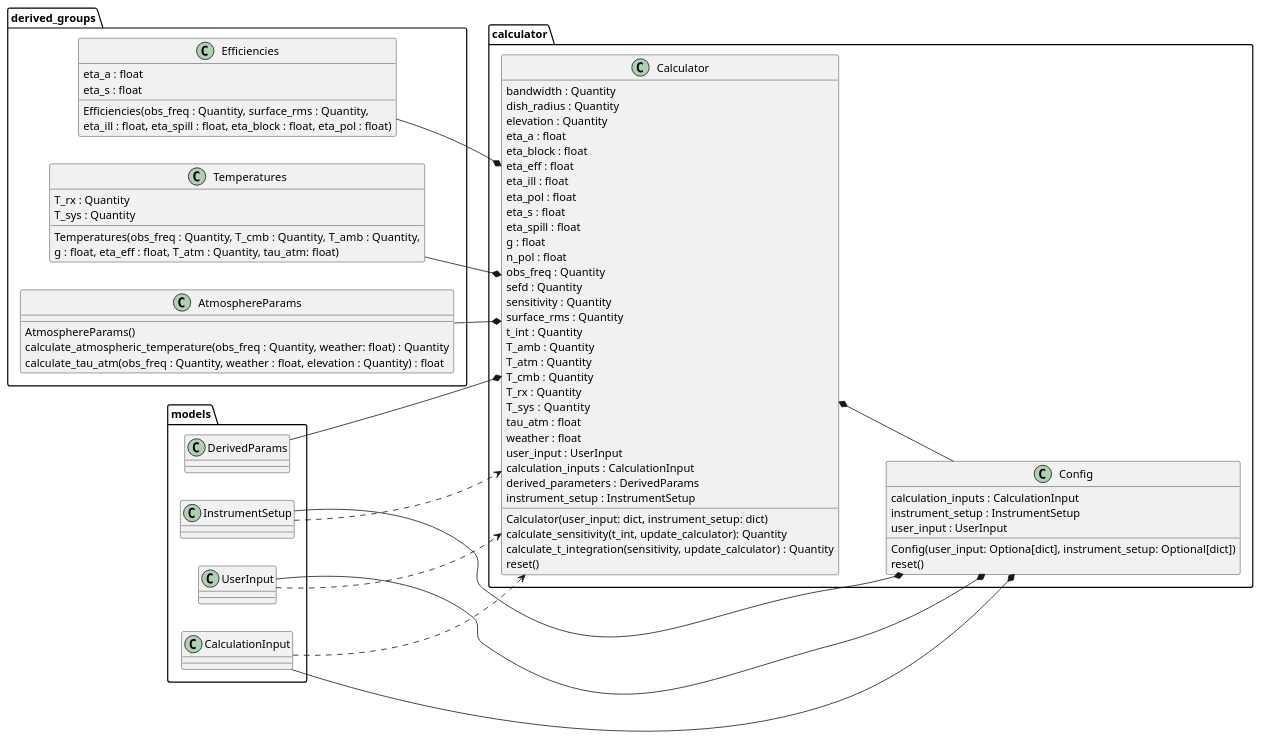
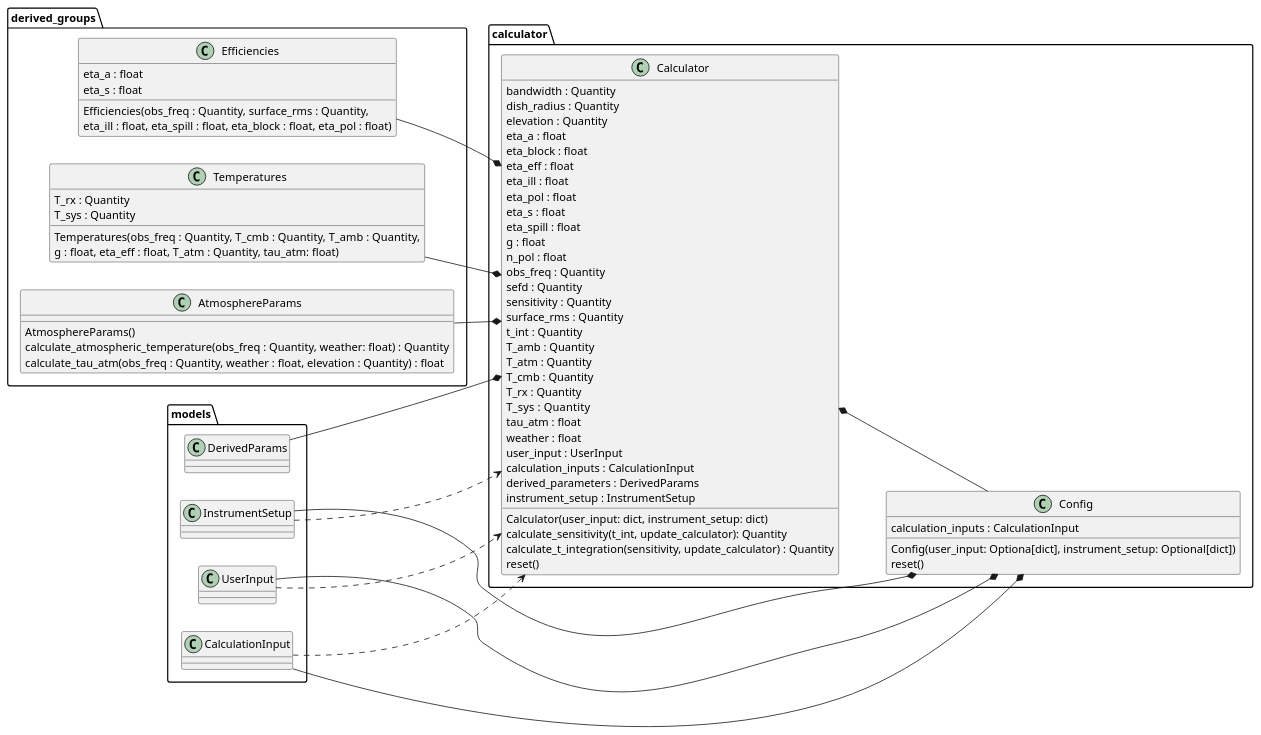
One commit to ukatc/AtLAST_sensitivity_calculator changed the diagram in docs/source/code_docs/calculator_uml.rst. Above: the diagram before and after it, drawn with PlantUML. The commit also changed 20 other files, not shown here.

```diff
--- a/docs/source/code_docs/calculator_uml.rst
+++ b/docs/source/code_docs/calculator_uml.rst
@@ -4,76 +4,74 @@
 .. uml::
 
     @startuml calculator
 
     left to right direction
 
     class "AtmosphereParams" as derived_groups.AtmosphereParams {
       AtmosphereParams()
       calculate_atmospheric_temperature(obs_freq : Quantity, weather: float) : Quantity
       calculate_tau_atm(obs_freq : Quantity, weather : float, elevation : Quantity) : float
     }
     class "Calculator" as calculator.Calculator {
       bandwidth : Quantity
       dish_radius : Quantity
       elevation : Quantity
       eta_a : float
       eta_block : float
       eta_eff : float
       eta_ill : float
       eta_pol : float
       eta_s : float
       eta_spill : float
       g : float
       n_pol : float
       obs_freq : Quantity
       sefd : Quantity
       sensitivity : Quantity
       surface_rms : Quantity
       t_int : Quantity
       T_amb : Quantity
       T_atm : Quantity
       T_cmb : Quantity
       T_rx : Quantity
       T_sys  : Quantity
       tau_atm : float
       weather : float
       user_input : UserInput
       calculation_inputs : CalculationInput
       derived_parameters : DerivedParams
       instrument_setup : InstrumentSetup
       Calculator(user_input: dict, instrument_setup: dict)
       calculate_sensitivity(t_int, update_calculator): Quantity
       calculate_t_integration(sensitivity, update_calculator) : Quantity
       reset()
     }
     class "Config" as calculator.Config {
       calculation_inputs : CalculationInput
-      instrument_setup : InstrumentSetup
-      user_input : UserInput
       Config(user_input: Optiona[dict], instrument_setup: Optional[dict])
       reset()
     }
     class "Efficiencies" as derived_groups.Efficiencies {
       eta_a : float
       eta_s : float
       Efficiencies(obs_freq : Quantity, surface_rms : Quantity,
       eta_ill : float, eta_spill : float, eta_block : float, eta_pol : float)
     }
     class "Temperatures" as derived_groups.Temperatures {
       T_rx : Quantity
       T_sys : Quantity
       Temperatures(obs_freq : Quantity, T_cmb : Quantity, T_amb : Quantity,
       g : float, eta_eff : float, T_atm : Quantity, tau_atm: float)
     }
     derived_groups.Efficiencies --* calculator.Calculator
     derived_groups.Temperatures --* calculator.Calculator
     derived_groups.AtmosphereParams --* calculator.Calculator
     models.CalculationInput --* calculator.Config
     models.InstrumentSetup --* calculator.Config
     models.UserInput --* calculator.Config
     calculator.Calculator *-- models.DerivedParams
     models.CalculationInput ..> calculator.Calculator
     models.InstrumentSetup ..> calculator.Calculator
     models.UserInput ..> calculator.Calculator
     calculator.Calculator *-- calculator.Config
     @enduml
```
